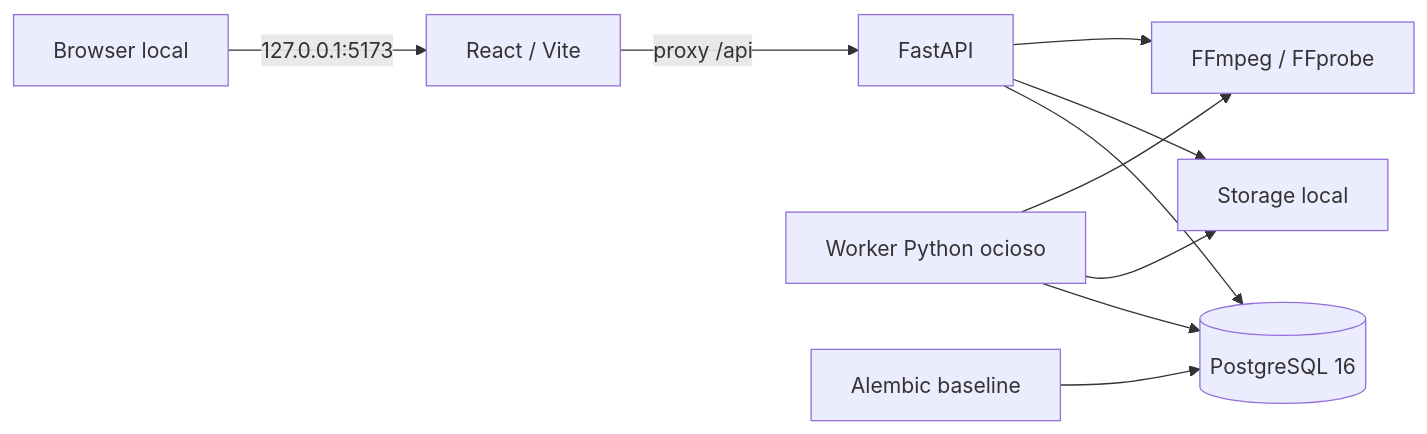
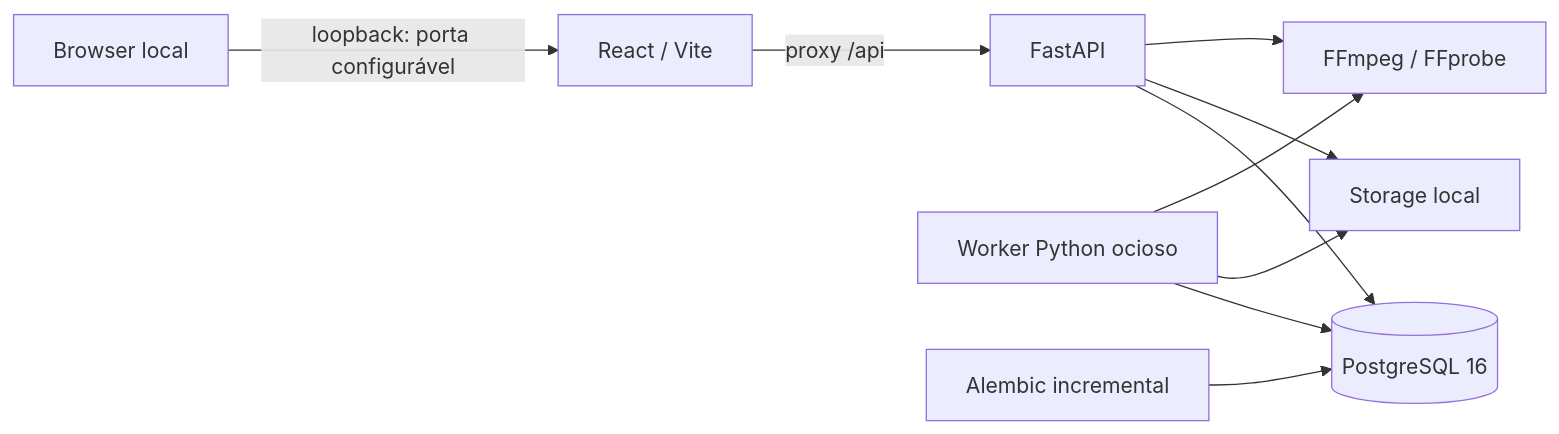
One commit to davioliveiraes/edivo-editor changed the diagram in docs/architecture.md. Above: the diagram before and after it, drawn with Mermaid. The commit also changed other lines of this file and 69 other files, not shown here.

````diff
--- a/docs/architecture.md
+++ b/docs/architecture.md
@@ -7,12 +8,12 @@
 ```mermaid
 flowchart LR
-  browser[Browser local] -->|127.0.0.1:5173| frontend[React / Vite]
+  browser[Browser local] -->|loopback: porta configurável| frontend[React / Vite]
   frontend -->|proxy /api| api[FastAPI]
   api --> db[(PostgreSQL 16)]
   api --> storage[Storage local]
   worker[Worker Python ocioso] --> db
   worker --> storage
   api --> tools[FFmpeg / FFprobe]
   worker --> tools
-  migrate[Alembic baseline] --> db
+  migrate[Alembic incremental] --> db
 ```
````
